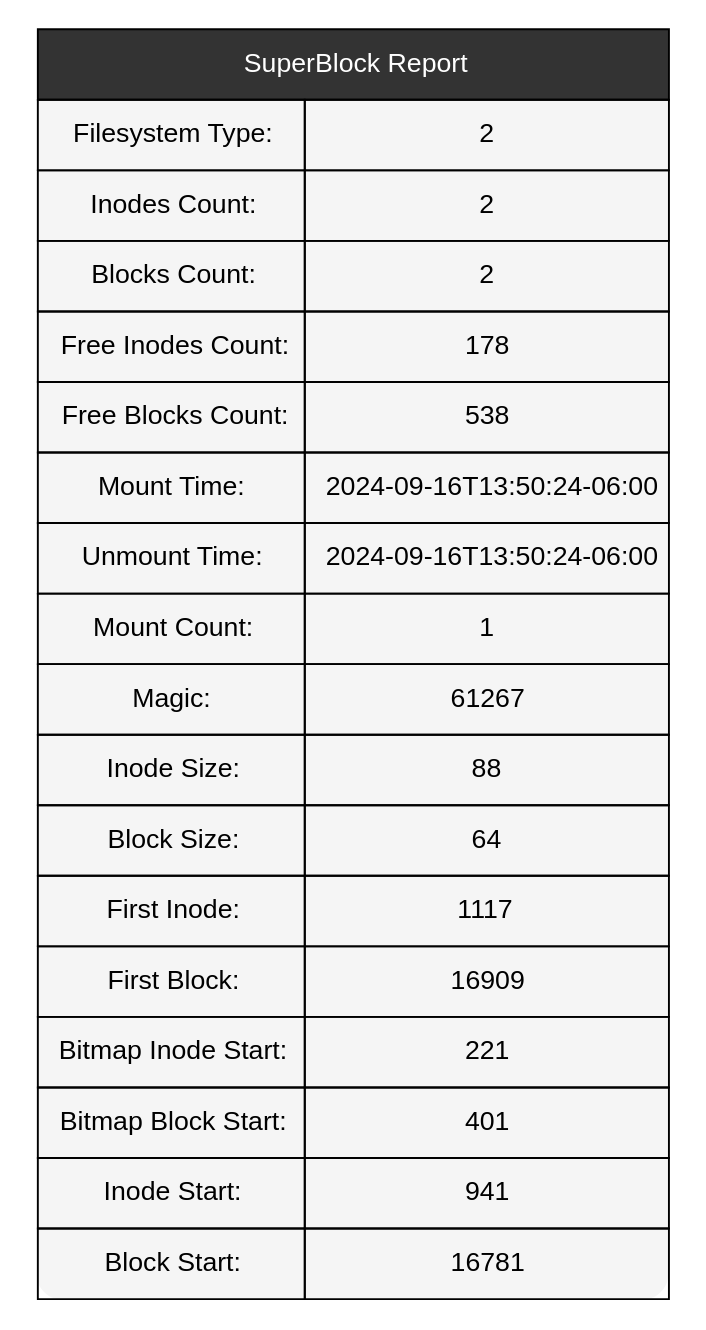
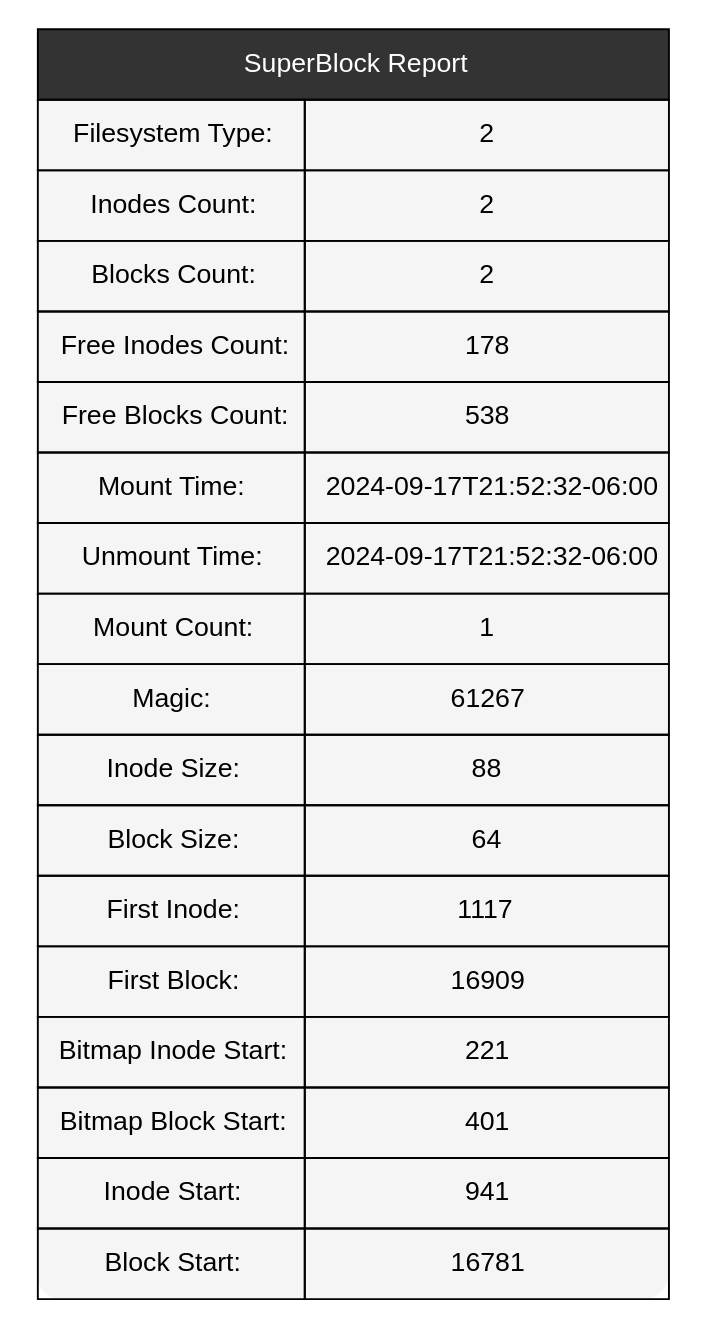
The diagram in Backend/SuperBlock.dot (JoseLorenzana272/Disk-Creator-Simulation), drawn with Graphviz before and after one commit. The commit also changed 23 other files, not shown here.

```diff
--- a/Backend/SuperBlock.dot
+++ b/Backend/SuperBlock.dot
@@ -1,29 +1,29 @@
 digraph SuperBlock {
   node [shape=none, fontname="Helvetica,Arial,sans-serif"];
   rankdir=TB;
 
   sb [label=<
     <table border='0' cellborder='1' cellspacing='0' cellpadding='10' style='rounded' bgcolor='#F5F5F5'>
       <tr>
         <td colspan='2' bgcolor='#333333'><font color='white'>SuperBlock Report</font></td>
       </tr>
       <tr><td>Filesystem Type:</td><td>2</td></tr>
       <tr><td>Inodes Count:</td><td>2</td></tr>
       <tr><td>Blocks Count:</td><td>2</td></tr>
       <tr><td>Free Inodes Count:</td><td>178</td></tr>
       <tr><td>Free Blocks Count:</td><td>538</td></tr>
-      <tr><td>Mount Time:</td><td>2024-09-16T13:50:24-06:00</td></tr>
-      <tr><td>Unmount Time:</td><td>2024-09-16T13:50:24-06:00</td></tr>
+      <tr><td>Mount Time:</td><td>2024-09-17T21:52:32-06:00</td></tr>
+      <tr><td>Unmount Time:</td><td>2024-09-17T21:52:32-06:00</td></tr>
       <tr><td>Mount Count:</td><td>1</td></tr>
       <tr><td>Magic:</td><td>61267</td></tr>
       <tr><td>Inode Size:</td><td>88</td></tr>
       <tr><td>Block Size:</td><td>64</td></tr>
       <tr><td>First Inode:</td><td>1117</td></tr>
       <tr><td>First Block:</td><td>16909</td></tr>
       <tr><td>Bitmap Inode Start:</td><td>221</td></tr>
       <tr><td>Bitmap Block Start:</td><td>401</td></tr>
       <tr><td>Inode Start:</td><td>941</td></tr>
       <tr><td>Block Start:</td><td>16781</td></tr>
     </table>
   >];
 }
```
